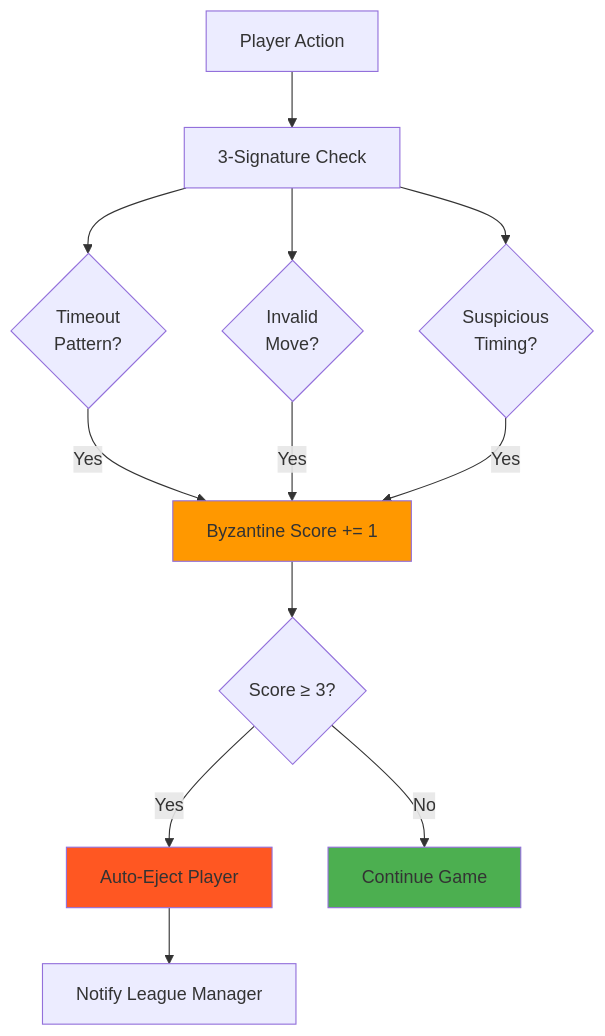
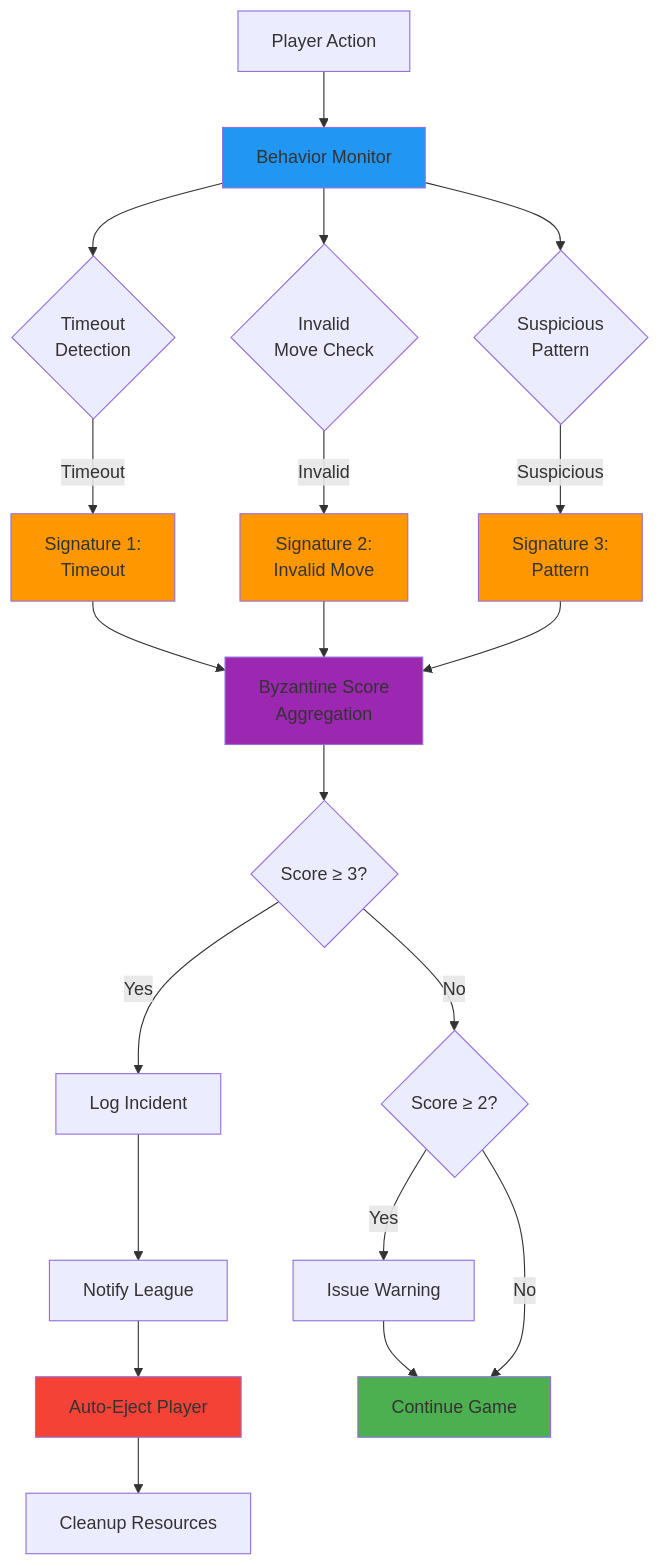
One commit to fouada/Assignment7_mcp-multi-agent-game changed the eighth of 18 diagrams in README.md. Above: the diagram before and after it, drawn with Mermaid. The commit also changed other lines of this file and 3 other files, not shown here.

````diff
--- a/README.md
+++ b/README.md
@@ -285,22 +543,35 @@
 ```mermaid
 flowchart TD
-    ACTION[Player Action] --> CHECK[3-Signature Check]
-
-    CHECK --> T{Timeout<br/>Pattern?}
-    CHECK --> I{Invalid<br/>Move?}
-    CHECK --> S{Suspicious<br/>Timing?}
-
-    T -->|Yes| SCORE[Byzantine Score += 1]
-    I -->|Yes| SCORE
-    S -->|Yes| SCORE
-
-    SCORE --> EVAL{Score ≥ 3?}
-    EVAL -->|Yes| EJECT[Auto-Eject Player]
-    EVAL -->|No| CONTINUE[Continue Game]
-
-    EJECT --> NOTIFY[Notify League Manager]
-
-    style EJECT fill:#FF5722
-    style SCORE fill:#FF9800
+    ACTION[Player Action] --> MONITOR[Behavior Monitor]
+    
+    MONITOR --> CHECK1{Timeout<br/>Detection}
+    MONITOR --> CHECK2{Invalid<br/>Move Check}
+    MONITOR --> CHECK3{Suspicious<br/>Pattern}
+    
+    CHECK1 -->|Timeout| SIG1[Signature 1:<br/>Timeout]
+    CHECK2 -->|Invalid| SIG2[Signature 2:<br/>Invalid Move]
+    CHECK3 -->|Suspicious| SIG3[Signature 3:<br/>Pattern]
+    
+    SIG1 --> AGGREGATE[Byzantine Score<br/>Aggregation]
+    SIG2 --> AGGREGATE
+    SIG3 --> AGGREGATE
+    
+    AGGREGATE --> EVAL{Score ≥ 3?}
+    EVAL -->|Yes| ACTION1[Log Incident]
+    ACTION1 --> ACTION2[Notify League]
+    ACTION2 --> ACTION3[Auto-Eject Player]
+    ACTION3 --> CLEANUP[Cleanup Resources]
+    
+    EVAL -->|No| WARN{Score ≥ 2?}
+    WARN -->|Yes| WARNING[Issue Warning]
+    WARNING --> CONTINUE[Continue Game]
+    WARN -->|No| CONTINUE
+    
+    style MONITOR fill:#2196F3
+    style SIG1 fill:#FF9800
+    style SIG2 fill:#FF9800
+    style SIG3 fill:#FF9800
+    style AGGREGATE fill:#9C27B0
+    style ACTION3 fill:#F44336
     style CONTINUE fill:#4CAF50
 ```
````
